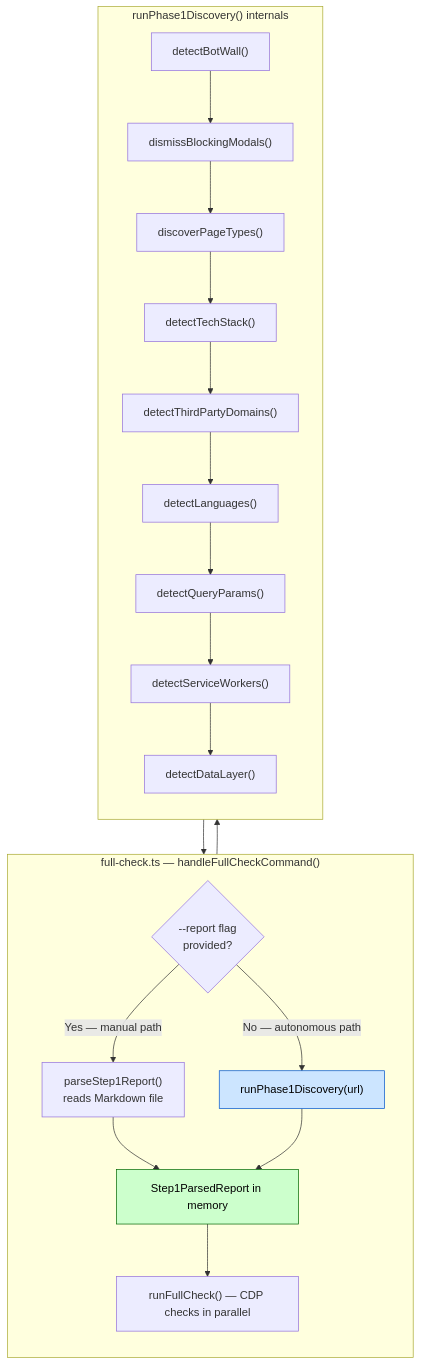
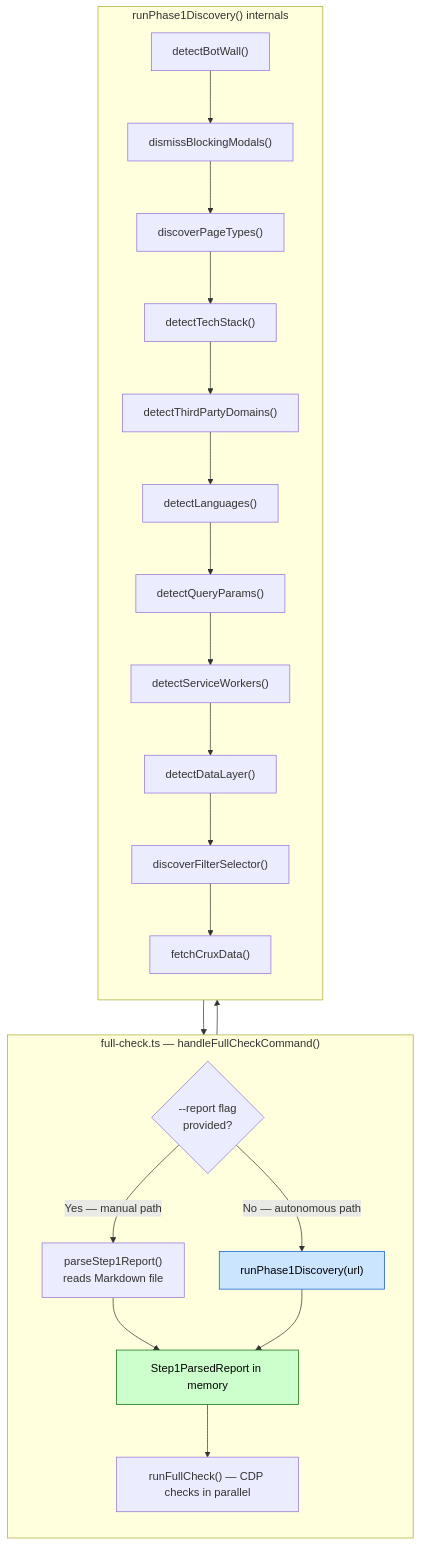
One commit to BugGreen/ai-prevetting changed the second of 2 diagrams in docs/discover-phase1/architecture/orchestrator.md. Above: the diagram before and after it, drawn with Mermaid. The commit also changed other lines of this file and 10 other files, not shown here.

First line of the commit message:
feat(phase1): add filter selector discovery and CrUX API integration

````diff
--- a/docs/discover-phase1/architecture/orchestrator.md
+++ b/docs/discover-phase1/architecture/orchestrator.md
@@ -86,32 +97,34 @@
 ```mermaid
 flowchart TD
     subgraph FULLCHECK["full-check.ts — handleFullCheckCommand()"]
         direction TB
         F1{"--report flag\nprovided?"}
         F1 -->|"Yes — manual path"| F2["parseStep1Report()\nreads Markdown file"]
         F1 -->|"No — autonomous path"| F3["runPhase1Discovery(url)"]
         F2 --> F4["Step1ParsedReport in memory"]
         F3 --> F4
         F4 --> F5["runFullCheck() — CDP checks in parallel"]
     end
 
     subgraph PHASE1["runPhase1Discovery() internals"]
         direction TB
         P1["detectBotWall()"]
         P2["dismissBlockingModals()"]
         P3["discoverPageTypes()"]
         P4["detectTechStack()"]
         P5["detectThirdPartyDomains()"]
         P6["detectLanguages()"]
         P7["detectQueryParams()"]
         P8["detectServiceWorkers()"]
         P9["detectDataLayer()"]
-        P1 --> P2 --> P3 --> P4 --> P5 --> P6 --> P7 --> P8 --> P9
+        P10["discoverFilterSelector()"]
+        P11["fetchCruxData()"]
+        P1 --> P2 --> P3 --> P4 --> P5 --> P6 --> P7 --> P8 --> P9 --> P10 --> P11
     end
 
     F3 --> P1
-    P9 --> F4
+    P11 --> F4
 
     style F4 fill:#ccffcc,stroke:#006600,color:#000
     style F3 fill:#cce5ff,stroke:#0055cc,color:#000
 ```
````
